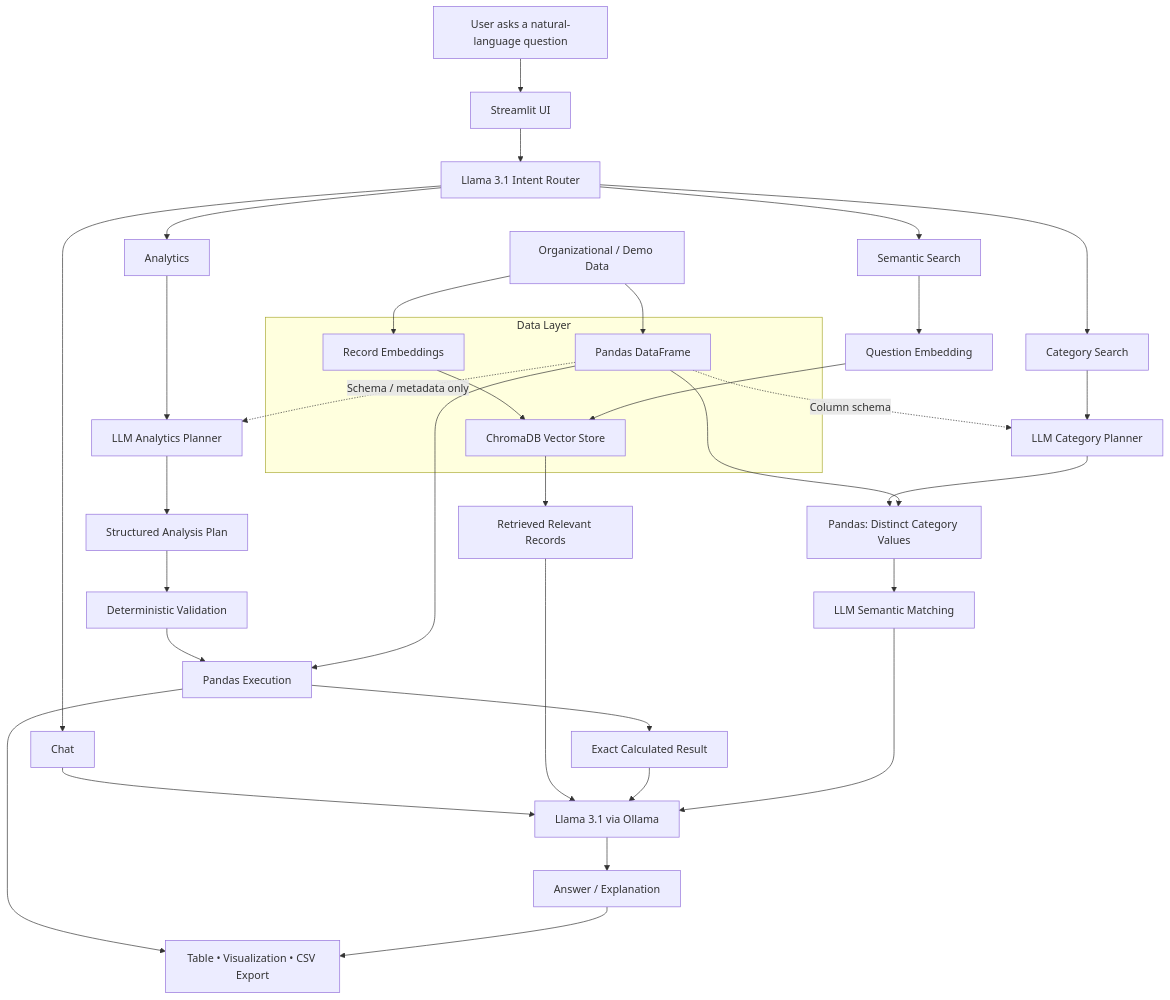
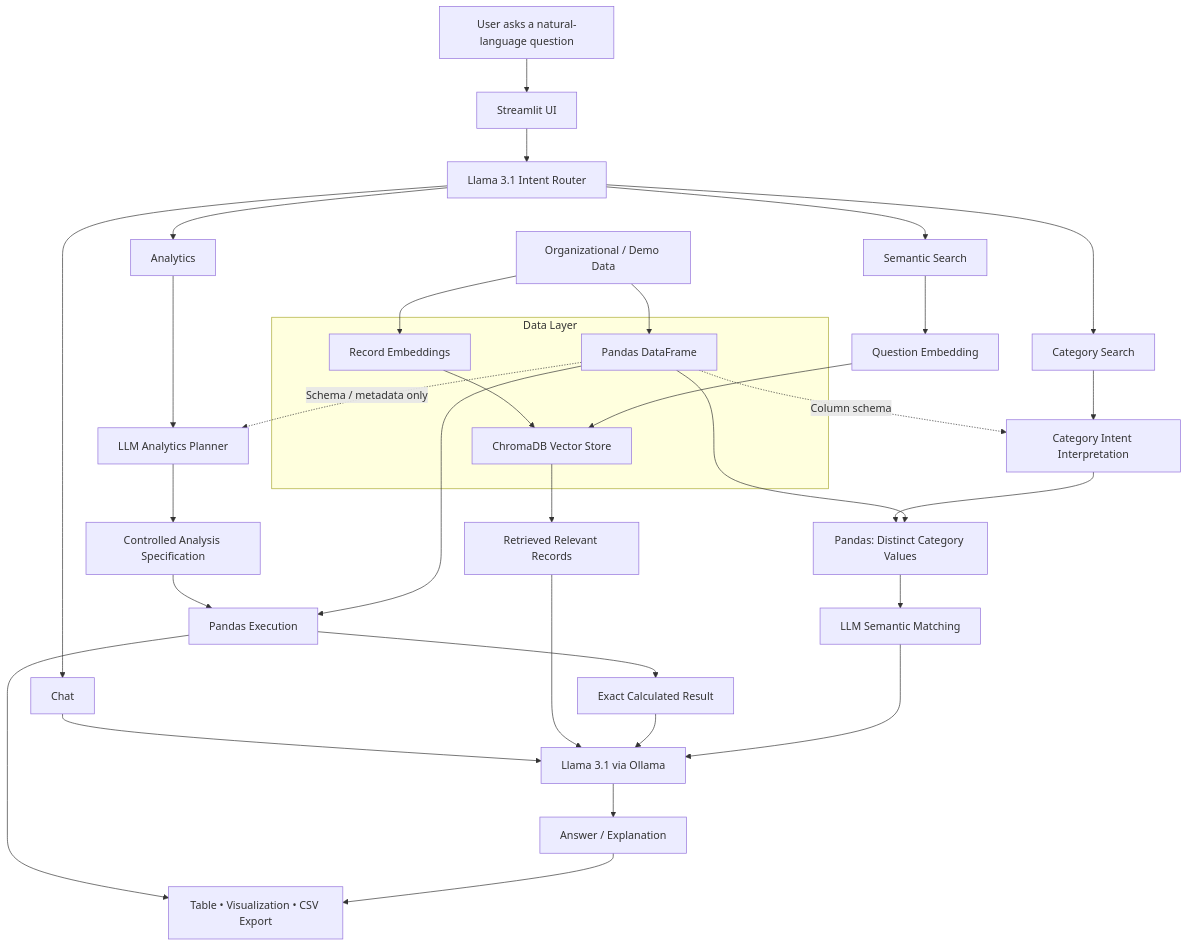
One commit to ahmed-ishtiaque/in-house-llm-data-analytics-assistant changed the diagram in README.md. Above: the diagram before and after it, drawn with Mermaid. The commit also changed other lines of this file, not shown here.

````diff
--- a/README.md
+++ b/README.md
@@ -68,49 +84,48 @@
 ```mermaid
 flowchart TD
     DATA[Organizational / Demo Data]
 
     subgraph DL[Data Layer]
         DF[Pandas DataFrame]
         EMB[Record Embeddings]
         CHROMA[ChromaDB Vector Store]
         EMB --> CHROMA
     end
 
     DATA --> DF
     DATA --> EMB
 
     USER[User asks a natural-language question] --> UI[Streamlit UI]
     UI --> ROUTER[Llama 3.1 Intent Router]
 
     ROUTER --> CHAT[Chat]
     ROUTER --> SEM[Semantic Search]
     ROUTER --> ANA[Analytics]
     ROUTER --> CAT[Category Search]
 
     CHAT --> LLM[Llama 3.1 via Ollama]
 
     SEM --> QEMB[Question Embedding]
     QEMB --> CHROMA
     CHROMA --> CONTEXT[Retrieved Relevant Records]
     CONTEXT --> LLM
 
     ANA --> PLAN[LLM Analytics Planner]
     DF -. Schema / metadata only .-> PLAN
-    PLAN --> JSON[Structured Analysis Plan]
-    JSON --> VALIDATE[Deterministic Validation]
-    VALIDATE --> EXEC[Pandas Execution]
+    PLAN --> CONTROL[Controlled Analysis Specification]
+    CONTROL --> EXEC[Pandas Execution]
     DF --> EXEC
     EXEC --> CALC[Exact Calculated Result]
     CALC --> LLM
 
-    CAT --> CATPLAN[LLM Category Planner]
+    CAT --> CATPLAN[Category Intent Interpretation]
     DF -. Column schema .-> CATPLAN
     CATPLAN --> DISTINCT[Pandas: Distinct Category Values]
     DF --> DISTINCT
     DISTINCT --> MATCH[LLM Semantic Matching]
     MATCH --> LLM
 
     LLM --> OUTPUT[Answer / Explanation]
     EXEC --> PRESENT[Table • Visualization • CSV Export]
     OUTPUT --> PRESENT
 ```
````
